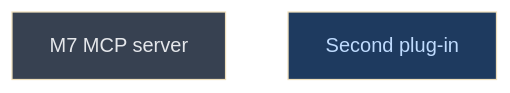
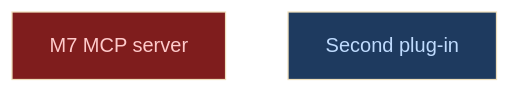
One commit to CrackingShells/Candler changed the diagram in __roadmap__/candler-v1/contracts/parity/alignment/surfaces/isolation/m5b/stats/surface/integrity/mcp/README.md. Above: the diagram before and after it, drawn with Mermaid (base theme). The commit also changed other lines of this file and 2 other files, not shown here.

First line of the commit message:
rdm(mcp): deprecate M7 and block its leaf pending Integrity (A14)

````diff
--- a/__roadmap__/candler-v1/contracts/parity/alignment/surfaces/isolation/m5b/stats/surface/integrity/mcp/README.md
+++ b/__roadmap__/candler-v1/contracts/parity/alignment/surfaces/isolation/m5b/stats/surface/integrity/mcp/README.md
@@ -16,10 +16,10 @@
 ```mermaid
 graph TD
-    m7_mcp_server[M7 MCP server]:::planned
+    m7_mcp_server[M7 MCP server]:::blocked
     plugin[Second plug-in]:::amendment
     classDef done       fill:#166534,color:#bbf7d0
     classDef inprogress fill:#854d0e,color:#fef08a
     classDef planned    fill:#374151,color:#e5e7eb
     classDef amendment  fill:#1e3a5f,color:#bfdbfe
     classDef blocked    fill:#7f1d1d,color:#fecaca
 ```
````
